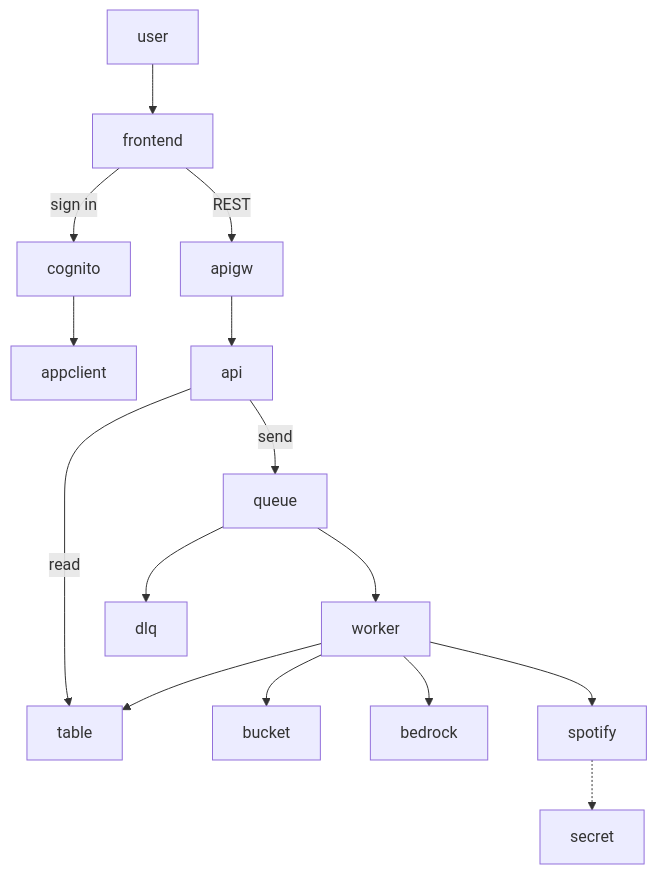
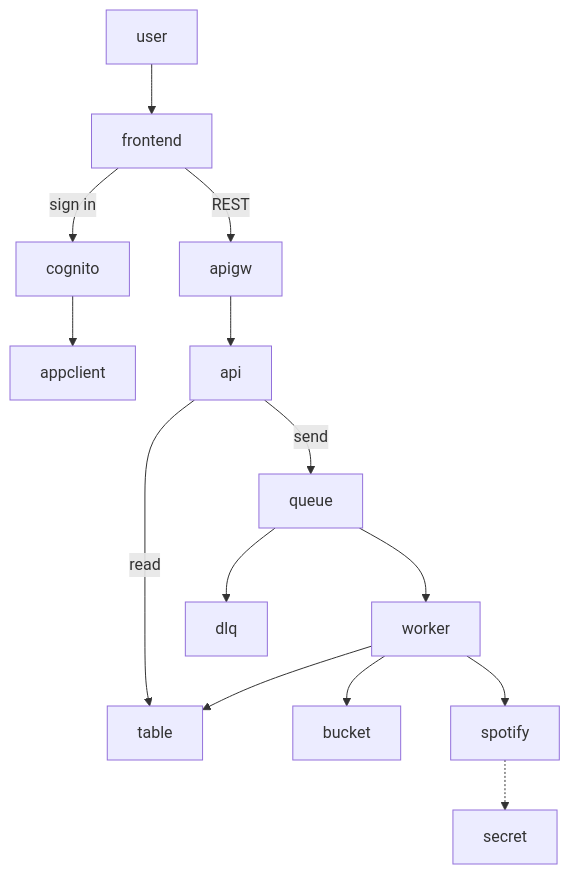
Before and after one commit to caio-a18/ai-dj: the first of 2 diagrams in aws/README.md, drawn with Mermaid. The commit also changed other lines of this file and 15 other files, not shown here.

````diff
--- a/aws/README.md
+++ b/aws/README.md
@@ -17,21 +17,20 @@
 ```mermaid
 flowchart TD
 	user --> frontend
 	frontend -->|sign in| cognito
 	cognito --> appclient
 
 	frontend -->|REST| apigw
 	apigw --> api
 
 	api -->|send| queue
 	api -->|read| table
 
 	queue --> worker
 	queue --> dlq
 
 	worker --> table
 	worker --> bucket
-	worker --> bedrock
 	worker --> spotify
 	spotify -.-> secret
 ```
````
